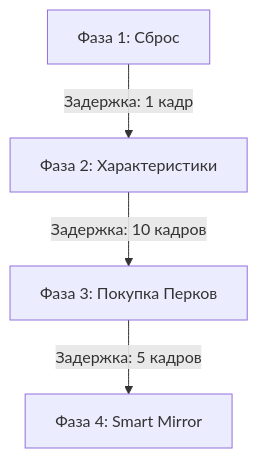
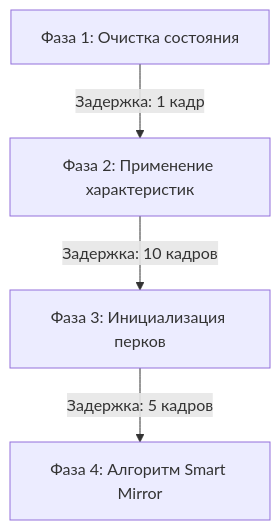
Before and after one commit to Nyxioni/BUILD-EX: the diagram in README.md, drawn with Mermaid. The commit also changed other lines of this file, not shown here.

````diff
--- a/README.md
+++ b/README.md
@@ -64,6 +62,6 @@
 ```mermaid
 graph TD
-    A[Фаза 1: Сброс] -->|Задержка: 1 кадр| B[Фаза 2: Характеристики]
-    B -->|Задержка: 10 кадров| C[Фаза 3: Покупка Перков]
-    C -->|Задержка: 5 кадров| D[Фаза 4: Smart Mirror]
+    A[Фаза 1: Очистка состояния] -->|Задержка: 1 кадр| B[Фаза 2: Применение характеристик]
+    B -->|Задержка: 10 кадров| C[Фаза 3: Инициализация перков]
+    C -->|Задержка: 5 кадров| D[Фаза 4: Алгоритм Smart Mirror]
 ```
````
